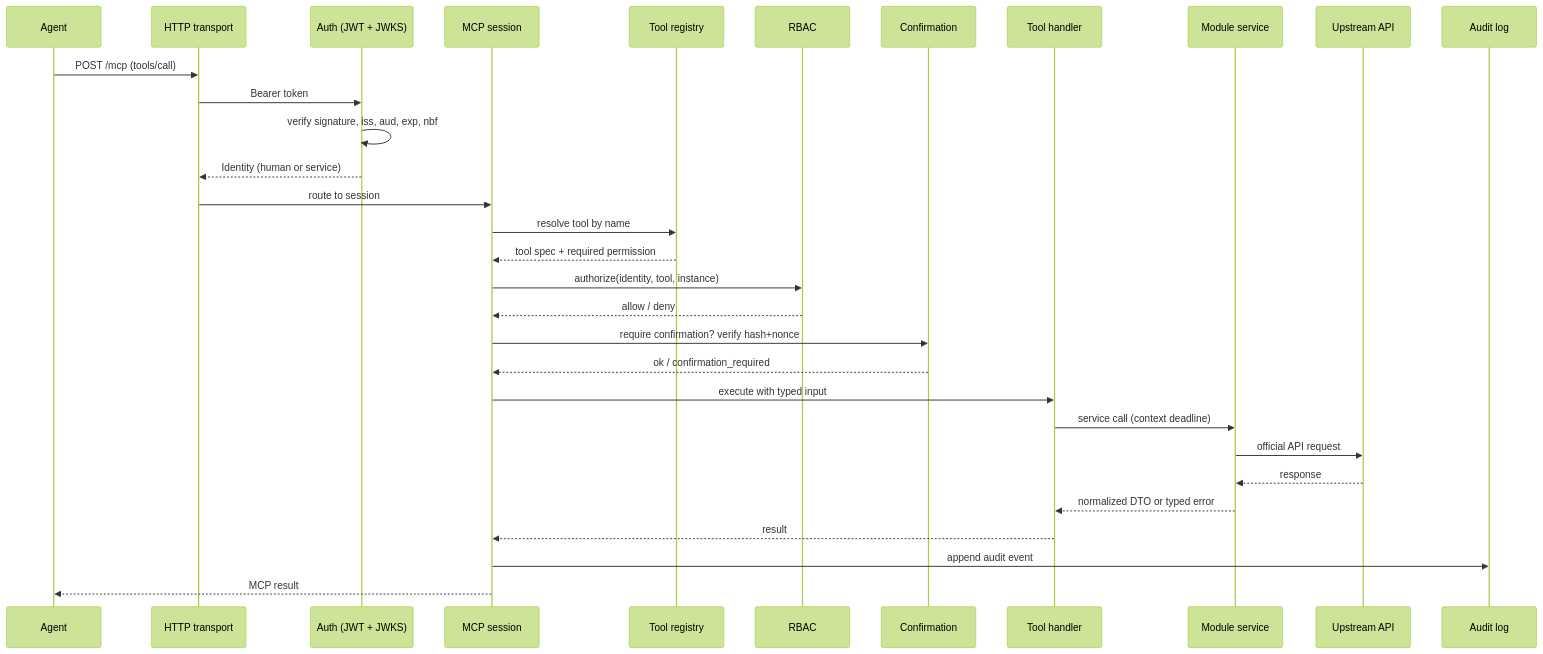
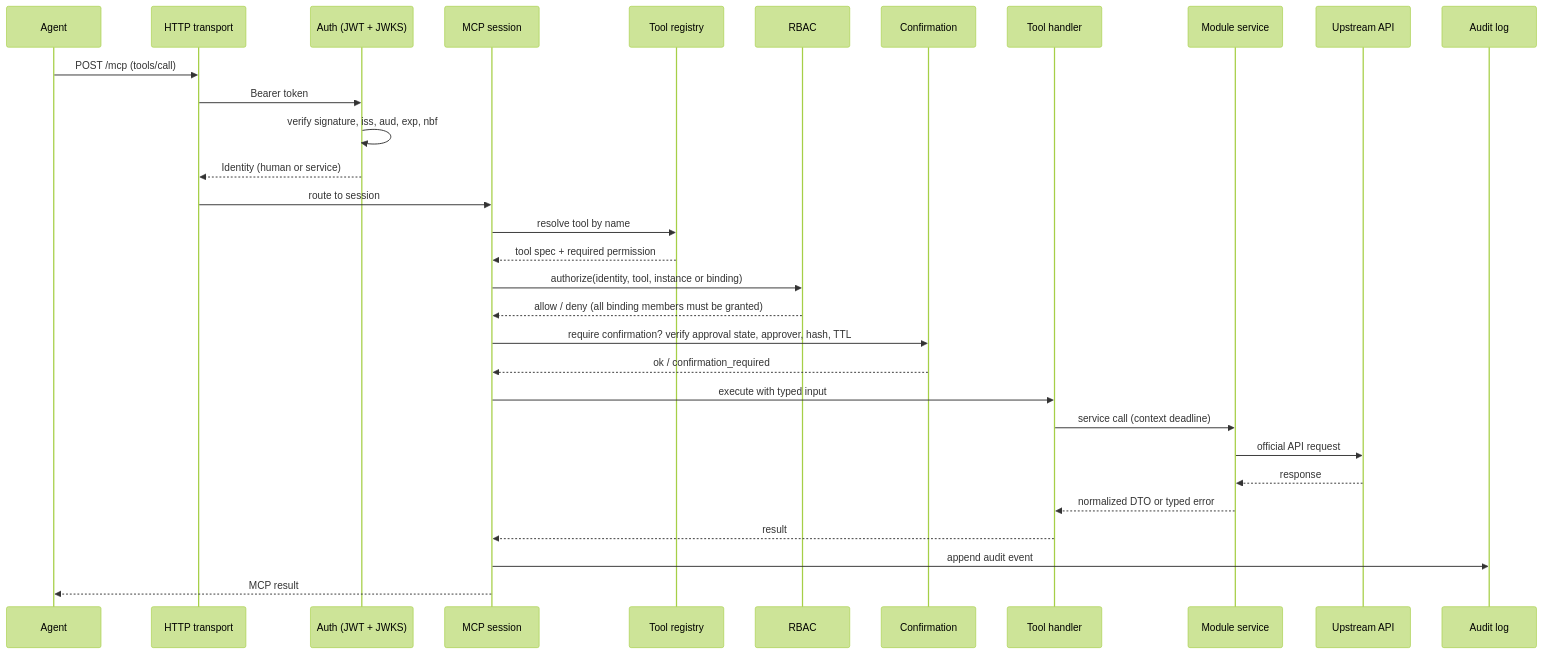
The second of 2 diagrams in docs/architecture.md (shuaiZend/mage2mcp), drawn with Mermaid (forest theme) before and after one commit. The commit also changed other lines of this file and 37 other files, not shown here.

````diff
--- a/docs/architecture.md
+++ b/docs/architecture.md
@@ -127,34 +128,34 @@
 ```mermaid
 sequenceDiagram
     participant A as Agent
     participant H as HTTP transport
     participant AU as Auth (JWT + JWKS)
     participant S as MCP session
     participant R as Tool registry
     participant Z as RBAC
     participant C as Confirmation
     participant T as Tool handler
     participant V as Module service
     participant U as Upstream API
     participant L as Audit log
 
     A->>H: POST /mcp (tools/call)
     H->>AU: Bearer token
     AU->>AU: verify signature, iss, aud, exp, nbf
     AU-->>H: Identity (human or service)
     H->>S: route to session
     S->>R: resolve tool by name
     R-->>S: tool spec + required permission
-    S->>Z: authorize(identity, tool, instance)
-    Z-->>S: allow / deny
-    S->>C: require confirmation? verify hash+nonce
+    S->>Z: authorize(identity, tool, instance or binding)
+    Z-->>S: allow / deny (all binding members must be granted)
+    S->>C: require confirmation? verify approval state, approver, hash, TTL
     C-->>S: ok / confirmation_required
     S->>T: execute with typed input
     T->>V: service call (context deadline)
     V->>U: official API request
     U-->>V: response
     V-->>T: normalized DTO or typed error
     T-->>S: result
     S->>L: append audit event
     S-->>A: MCP result
 ```
````
